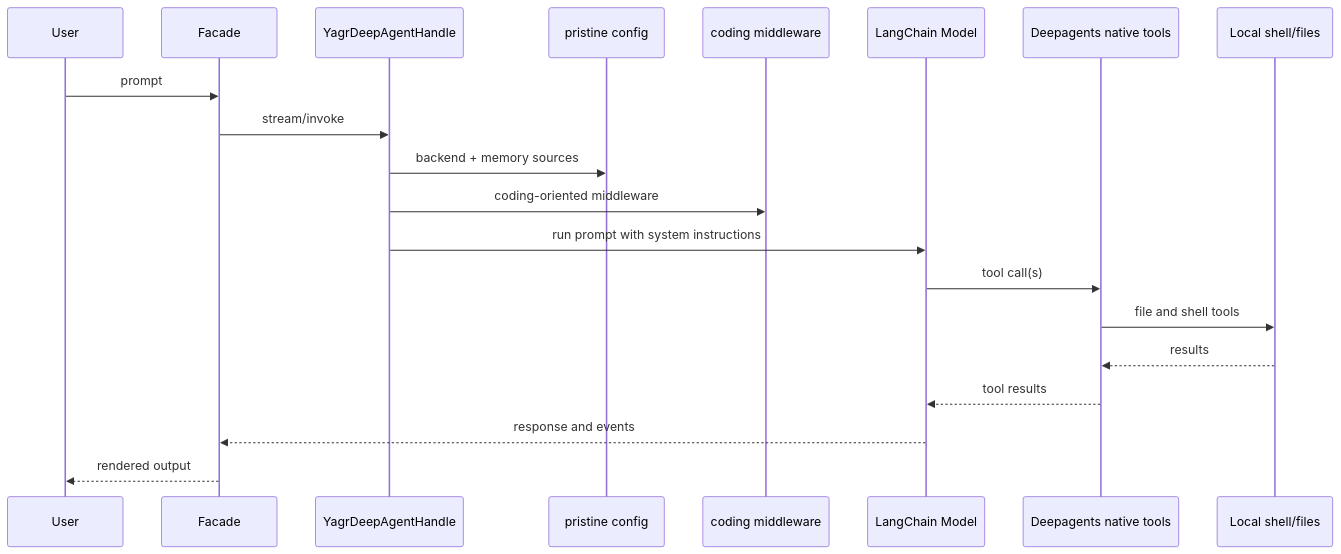
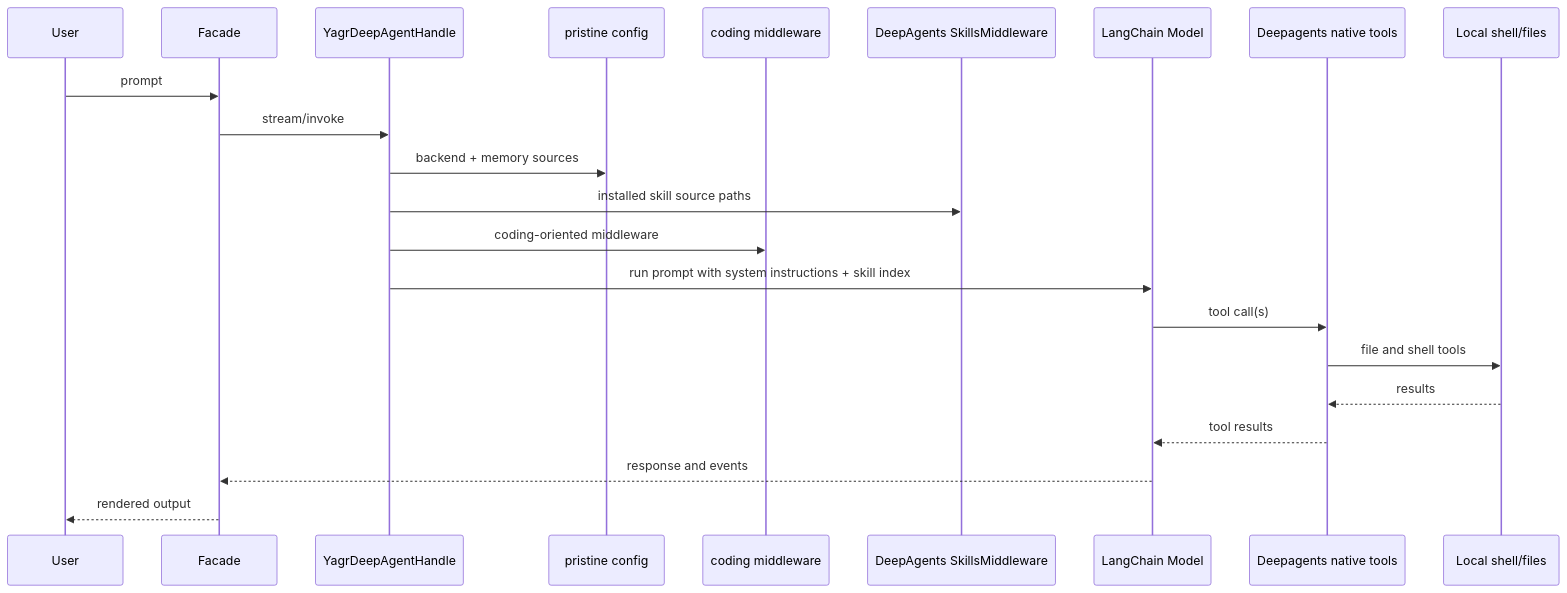
One commit to EtienneLescot/yagr changed the first of 4 diagrams in architecture/current/runtime-flows.md. Above: the diagram before and after it, drawn with Mermaid. The commit also changed other lines of this file and 21 other files, not shown here.

````diff
--- a/architecture/current/runtime-flows.md
+++ b/architecture/current/runtime-flows.md
@@ -7,23 +7,25 @@
 ```mermaid
 sequenceDiagram
     participant U as User
     participant F as Facade
     participant H as YagrDeepAgentHandle
     participant P as pristine config
     participant C as coding middleware
+    participant S as DeepAgents SkillsMiddleware
     participant M as LangChain Model
     participant T as Deepagents native tools
     participant E as Local shell/files
 
     U->>F: prompt
     F->>H: stream/invoke
     H->>P: backend + memory sources
+    H->>S: installed skill source paths
     H->>C: coding-oriented middleware
-    H->>M: run prompt with system instructions
+    H->>M: run prompt with system instructions + skill index
     M->>T: tool call(s)
     T->>E: file and shell tools
     E-->>T: results
     T-->>M: tool results
     M-->>F: response and events
     F-->>U: rendered output
 ```
````
